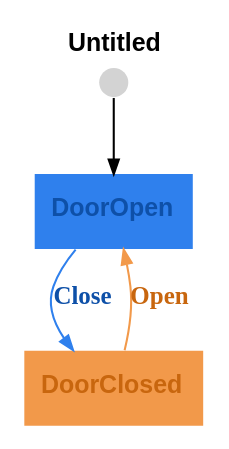
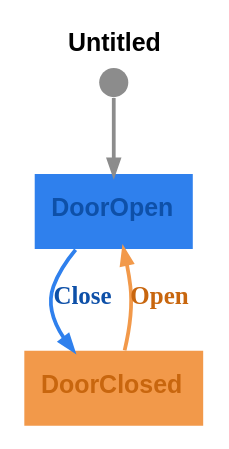
Before and after one commit to m-bock/purescript-transit: the diagram in graphs/door.dot, drawn with Graphviz. The commit also changed 7 other files, not shown here.

```diff
--- a/graphs/door.dot
+++ b/graphs/door.dot
@@ -1,10 +1,10 @@
 digraph 
 {
 rankdir = "TD";fontname = "Arial";label = <<b>Untitled</b>>;labelloc = "t";fontsize = 12
 DoorOpen [shape = "box", label = <<b>DoorOpen</b>>, fontsize = 12, style = "filled", fillcolor = "#2f80ed", fontcolor = "#0e50a8", fontname = "Arial", labelloc = "c", penwidth = 0.0]
-__Start__ [shape = "circle", label = "", width = 0.2, height = 0.2, fixedsize = true, style = "filled", penwidth = 0.0]
-__Start__ -> DoorOpen [arrowsize = "0.7"]
-DoorOpen -> DoorClosed [label = <<b>Close</b>>, fontcolor = "#0e50a8", color = "#2f80ed", fontsize = 12, arrowsize = "0.7"]
+__Start__ [shape = "circle", label = "", width = 0.2, height = 0.2, fixedsize = true, style = "filled", fillcolor = "#8c8c8c", penwidth = 0.0]
+__Start__ -> DoorOpen [color = "#8c8c8c", fontsize = 12, arrowsize = "0.7", penwidth = 1.8]
+DoorOpen -> DoorClosed [color = "#2f80ed", fontcolor = "#0e50a8", fontsize = 12, arrowsize = "0.7", label = <<b>Close</b>>, penwidth = 1.8]
 DoorClosed [shape = "box", label = <<b>DoorClosed</b>>, fontsize = 12, style = "filled", fillcolor = "#f2994a", fontcolor = "#c8660e", fontname = "Arial", labelloc = "c", penwidth = 0.0]
-DoorClosed -> DoorOpen [label = <<b>Open</b>>, fontcolor = "#c8660e", color = "#f2994a", fontsize = 12, arrowsize = "0.7"]
+DoorClosed -> DoorOpen [color = "#f2994a", fontcolor = "#c8660e", fontsize = 12, arrowsize = "0.7", label = <<b>Open</b>>, penwidth = 1.8]
 }
```
